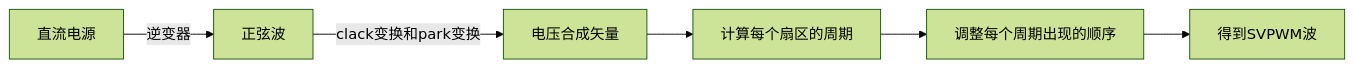
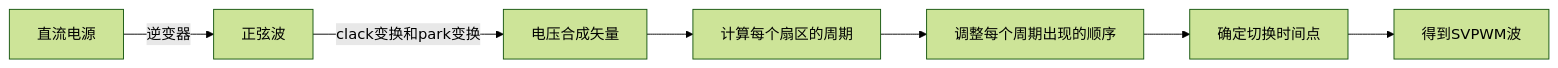
One commit to zp-coffee/note changed the second of 2 diagrams in note.md. Above: the diagram before and after it, drawn with Mermaid (forest theme). The commit also changed other lines of this file and 5 other files, not shown here.

````diff
--- a/note.md
+++ b/note.md
@@ -849,8 +956,9 @@
 ```mermaid
 graph LR
 	A[直流电源] --逆变器--> B[正弦波]
 	B[正弦波] --clack变换和park变换--> C[电压合成矢量]
 	C[电压合成矢量] --> D[计算每个扇区的周期]
 	D[计算每个扇区的周期] --> E[调整每个周期出现的顺序]
-	E[调整每个周期出现的顺序] --> F[得到SVPWM波]
+	E[调整每个周期出现的顺序] --> k[确定切换时间点]
+	k[确定切换时间点] --> F[得到SVPWM波]
 ```
````
